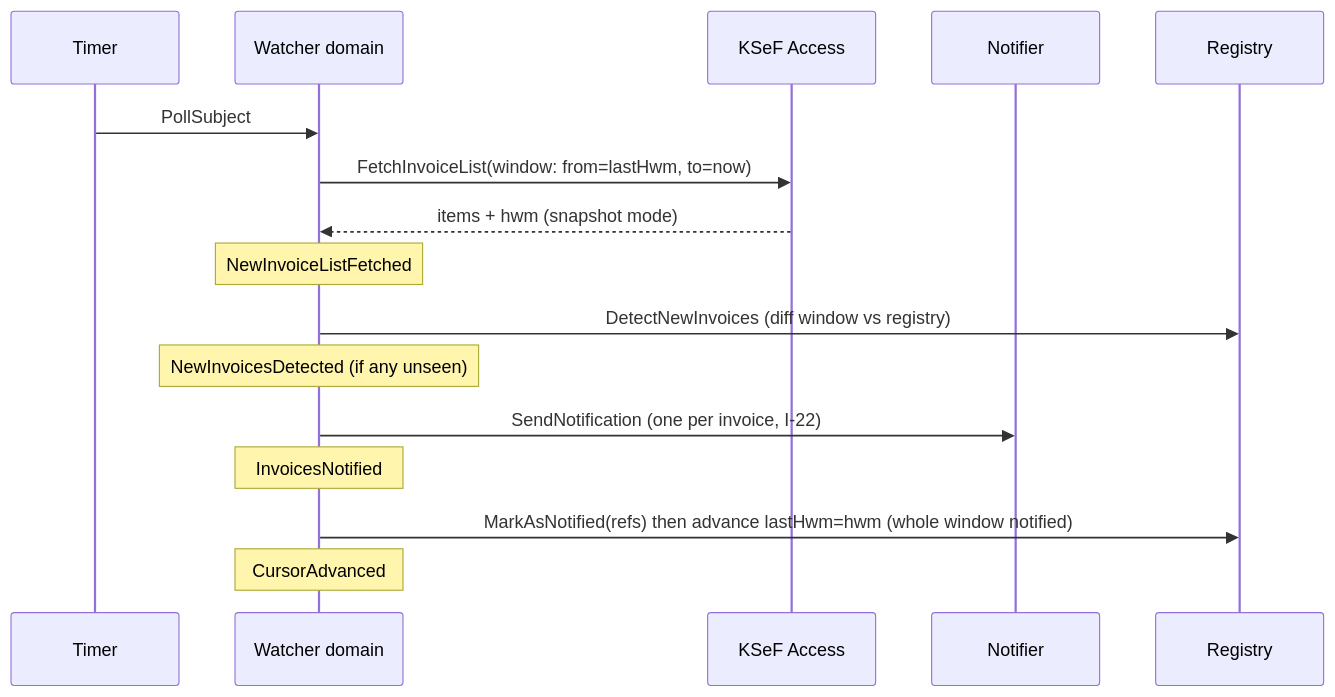
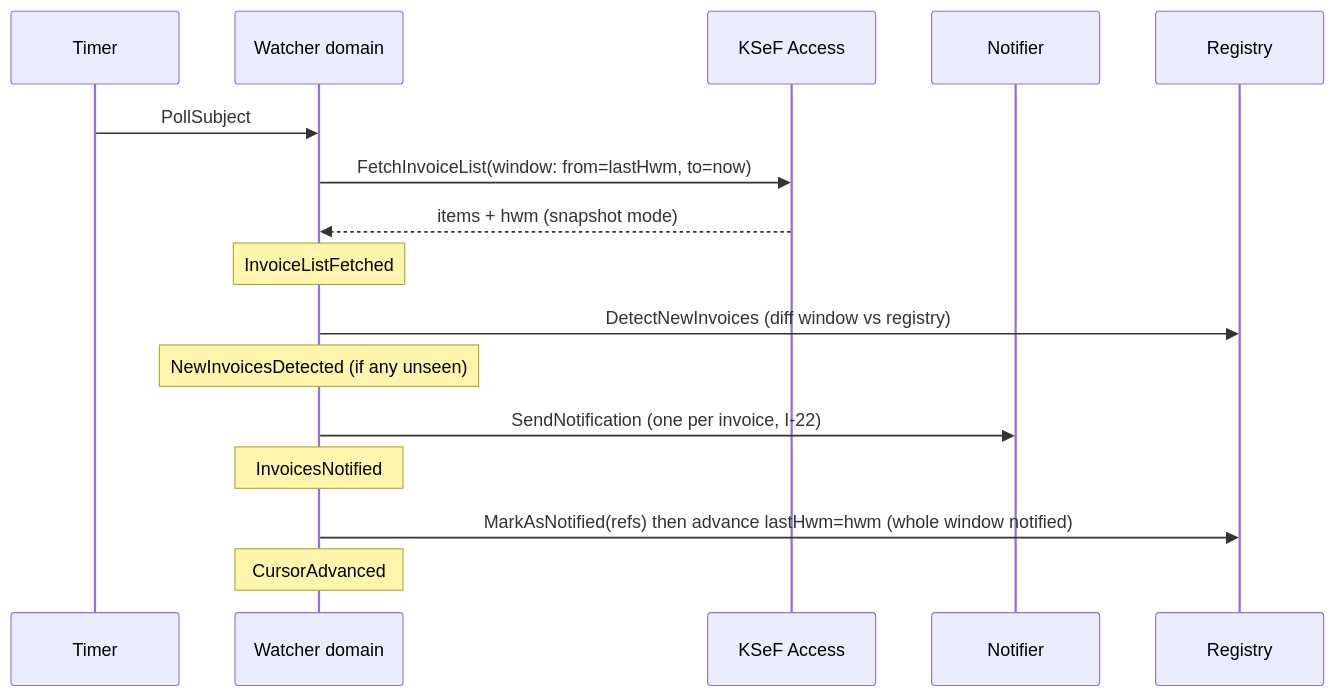
One commit to mmalessa/ksef-watcher changed the diagram in docs/02_discover_process_level.md. Above: the diagram before and after it, drawn with Mermaid. The commit also changed other lines of this file and 10 other files, not shown here.

````diff
--- a/docs/02_discover_process_level.md
+++ b/docs/02_discover_process_level.md
@@ -9,19 +9,19 @@
 ```mermaid
 sequenceDiagram
     participant T as Timer
     participant W as Watcher domain
     participant K as KSeF Access
     participant N as Notifier
     participant R as Registry
 
     T->>W: PollSubject
     W->>K: FetchInvoiceList(window: from=lastHwm, to=now)
     K-->>W: items + hwm (snapshot mode)
-    Note over W: NewInvoiceListFetched
+    Note over W: InvoiceListFetched
     W->>R: DetectNewInvoices (diff window vs registry)
     Note over W: NewInvoicesDetected (if any unseen)
     W->>N: SendNotification (one per invoice, I-22)
     Note over W: InvoicesNotified
     W->>R: MarkAsNotified(refs) then advance lastHwm=hwm (whole window notified)
     Note over W: CursorAdvanced
 ```
````
